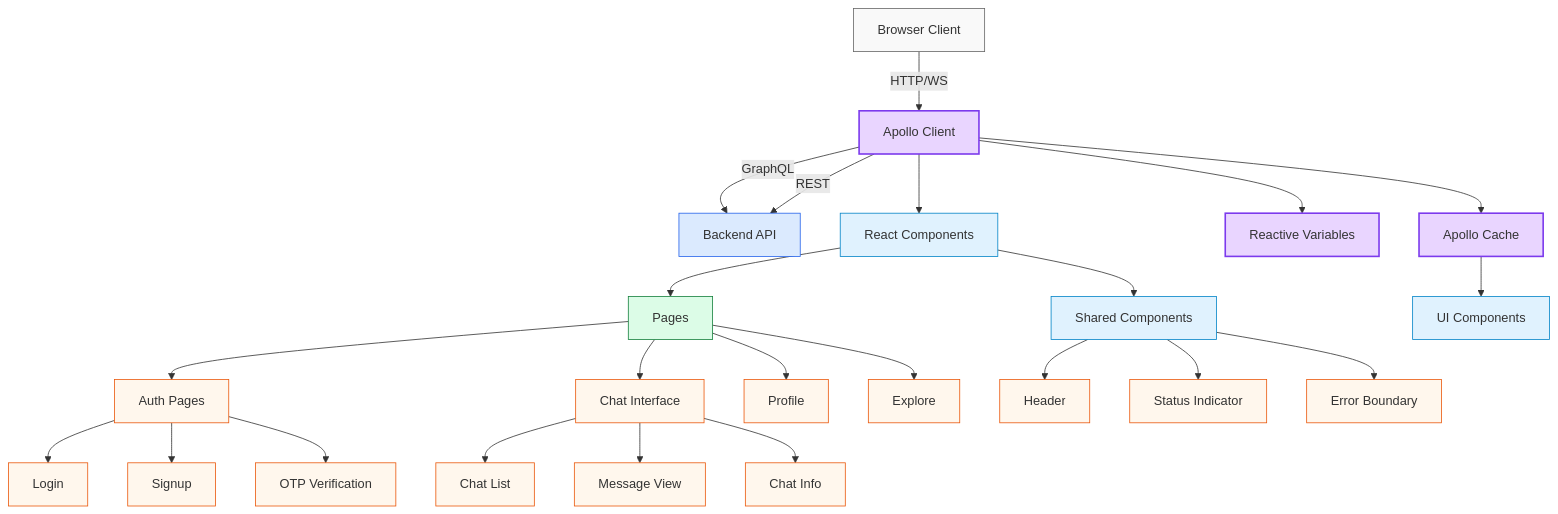
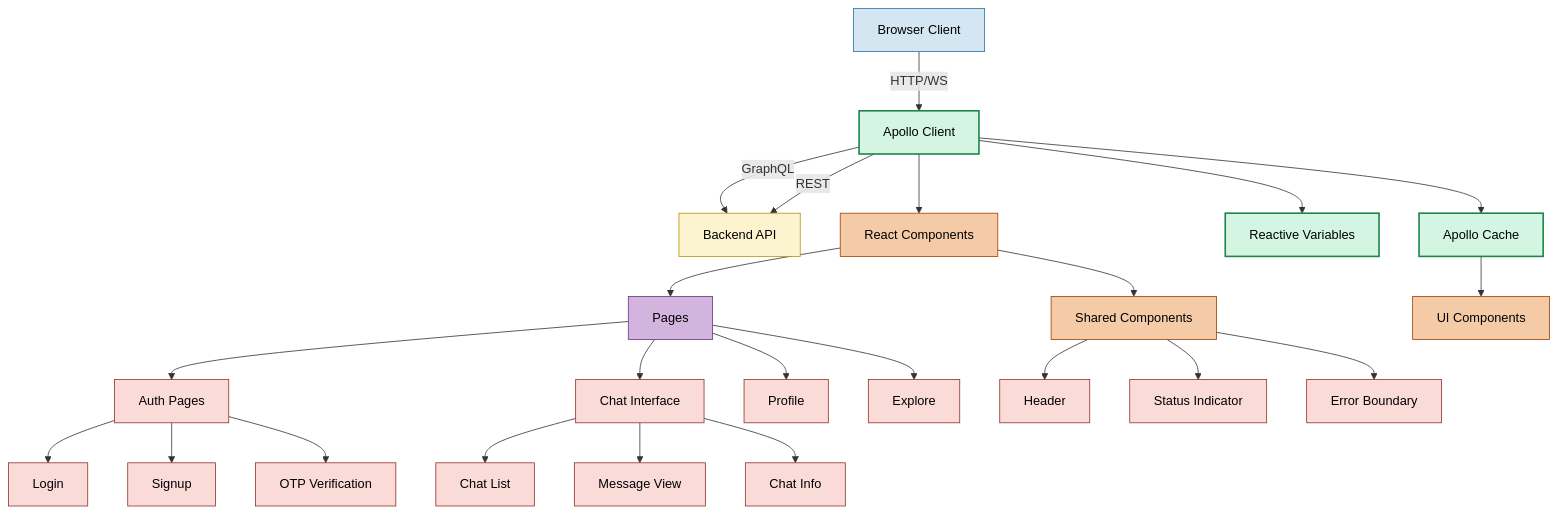
Before and after one commit to aniketdebnath/apollo-chat: the first of 2 diagrams in docs/frontend/architecture.md, drawn with Mermaid. The commit also changed other lines of this file and 10 other files, not shown here.

Commit message:
inconsistency in diagrams fixed, updated with high contrast fill color suitable for github dark mode

````diff
--- a/docs/frontend/architecture.md
+++ b/docs/frontend/architecture.md
@@ -36,49 +36,48 @@
 ```mermaid
 graph TD
     Client[Browser Client] -->|HTTP/WS| ApolloClient[Apollo Client]
     ApolloClient -->|GraphQL| API[Backend API]
     ApolloClient -->|REST| API
 
     ApolloClient --> Cache[Apollo Cache]
     ApolloClient --> ReactiveVars[Reactive Variables]
 
     ApolloClient --> ReactComponents[React Components]
     ReactComponents --> Pages[Pages]
     ReactComponents --> SharedComponents[Shared Components]
 
     Pages --> Auth[Auth Pages]
     Pages --> Chat[Chat Interface]
     Pages --> Profile[Profile]
     Pages --> Explore[Explore]
 
     SharedComponents --> Header[Header]
     SharedComponents --> StatusIndicator[Status Indicator]
     SharedComponents --> ErrorBoundary[Error Boundary]
 
     Auth --> Login[Login]
     Auth --> Signup[Signup]
     Auth --> OTP[OTP Verification]
 
     Chat --> ChatList[Chat List]
     Chat --> MessageView[Message View]
     Chat --> ChatInfo[Chat Info]
 
     Cache --> UIComponents[UI Components]
 
     %% Style Definitions
-    classDef clientLayer fill:#f9f9f9,stroke:#666,stroke-width:1px;
-    classDef apolloLayer fill:#e9d5ff,stroke:#7c3aed,stroke-width:2px;
-    classDef apiLayer fill:#dbeafe,stroke:#2563eb,stroke-width:1px;
-    classDef stateLayer fill:#fef9c3,stroke:#ca8a04,stroke-width:1px;
-    classDef componentsLayer fill:#e0f2fe,stroke:#0284c7,stroke-width:1px;
-    classDef pagesLayer fill:#dcfce7,stroke:#15803d,stroke-width:1px;
-    classDef featureLayer fill:#fff7ed,stroke:#ea580c,stroke-width:1px;
+    classDef clientLayer fill:#D4E6F1,stroke:#2874A6,stroke-width:1px,color:#000;
+    classDef apolloLayer fill:#D5F5E3,stroke:#1E8449,stroke-width:2px,color:#000;
+    classDef apiLayer fill:#FCF3CF,stroke:#B7950B,stroke-width:1px,color:#000;
+    classDef componentsLayer fill:#F5CBA7,stroke:#A04000,stroke-width:1px,color:#000;
+    classDef pagesLayer fill:#D2B4DE,stroke:#6C3483,stroke-width:1px,color:#000;
+    classDef featureLayer fill:#FADBD8,stroke:#943126,stroke-width:1px,color:#000;
 
     %% Class Assignments
     class Client clientLayer;
     class ApolloClient,Cache,ReactiveVars apolloLayer;
     class API apiLayer;
     class ReactComponents,SharedComponents,UIComponents componentsLayer;
     class Pages pagesLayer;
     class Auth,Chat,Profile,Explore,Login,Signup,OTP,ChatList,MessageView,ChatInfo,Header,StatusIndicator,ErrorBoundary featureLayer;
 ```
````
